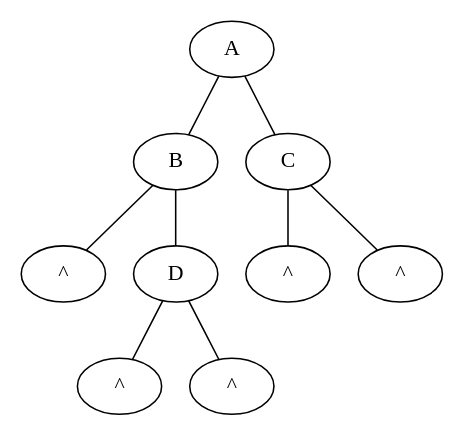
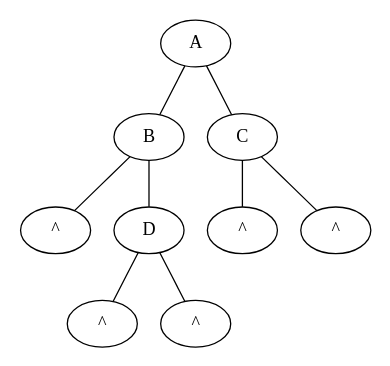
One commit to chrischen3121/notes changed the sixth of 15 diagrams in org/CS/TreeAndGraph.org. Above: the diagram before and after it, drawn with Graphviz. The commit also changed other lines of this file and 16 other files, not shown here.

```diff
--- a/org/CS/TreeAndGraph.org
+++ b/org/CS/TreeAndGraph.org
@@ -246,19 +246,19 @@
 #+BEGIN_SRC dot :file ../resources/TreeAndGraph/TreeNullNode1.png :cmdline -Kdot -Tpng		
   graph nullnodetree{
-    size="3,3";
+    size="2.5,2.5";
     graph [ordering="out"];
     null1 [label = "^"];
     null2 [label = "^"];
     null3 [label = "^"];
     null4 [label = "^"];
     null5 [label = "^"];
     "A" -- "B";
     "B" -- null1;
     "B" -- "D";
     "D" -- null2;
     "D" -- null3;
     "A" -- "C";
     "C" -- null4;
     "C" -- null5;
   }
 #+END_SRC
```
